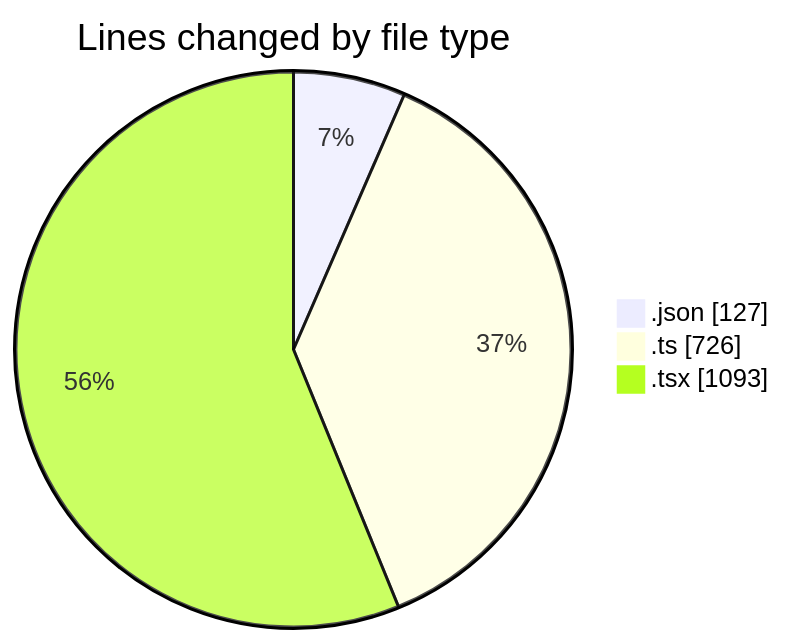
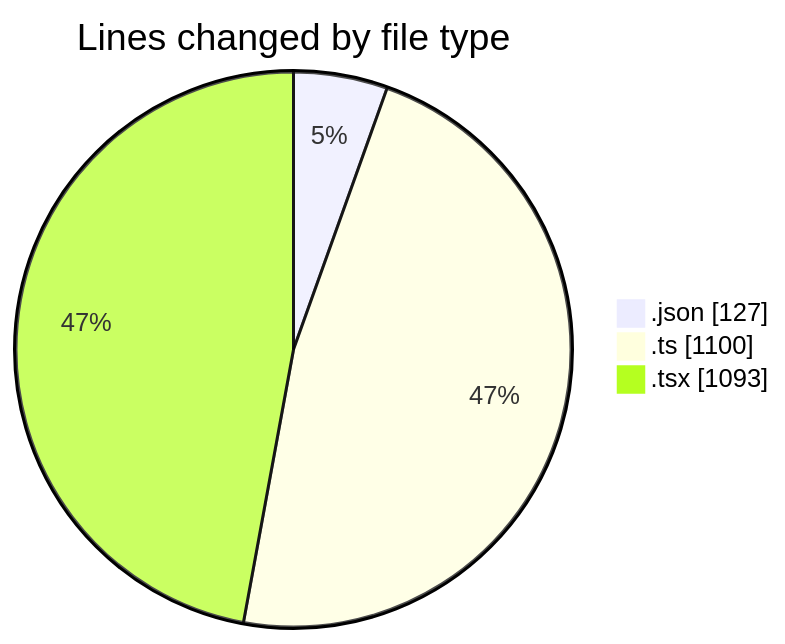
Before and after one commit to julien-gomy/code-tracking: the first of 2 diagrams in 2025-11-12/eventscop-frontend-guide__workspace_/README.md, drawn with Mermaid. The commit also changed other lines of this file and 1 other file, not shown here.

````diff
--- a/2025-11-12/eventscop-frontend-guide__workspace_/README.md
+++ b/2025-11-12/eventscop-frontend-guide__workspace_/README.md
@@ -29,7 +31,7 @@
 ```mermaid
 pie showData
 title Lines changed by file type
 ".json" : 127
-".ts" : 726
+".ts" : 1100
 ".tsx" : 1093
 ```
````
